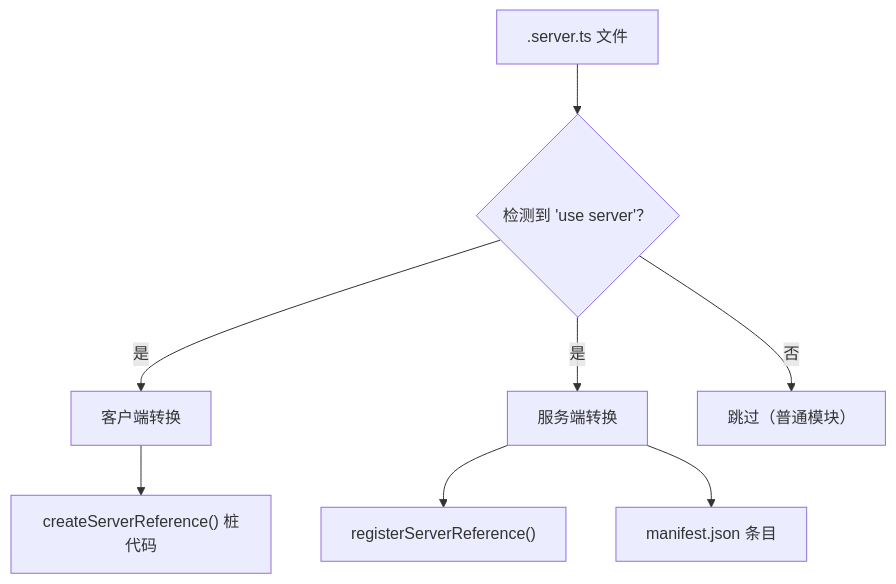
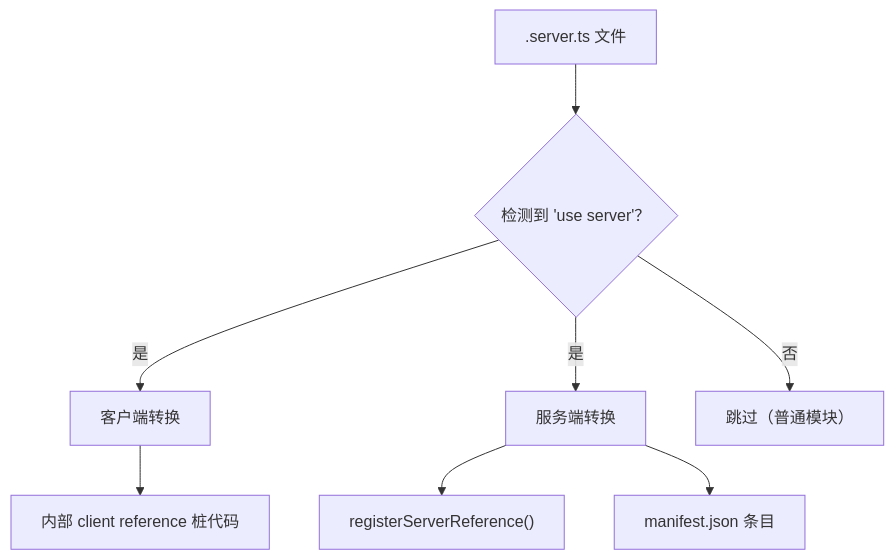
Before and after one commit to binhanchen25-arch/evjs: the diagram in docs/i18n/zh-Hans/docusaurus-plugin-content-docs/current/server-functions.md, drawn with Mermaid. The commit also changed other lines of this file and 400 other files, not shown here.

Commit message:
feat: implement graph-driven framework architecture (#18)

````diff
--- a/docs/i18n/zh-Hans/docusaurus-plugin-content-docs/current/server-functions.md
+++ b/docs/i18n/zh-Hans/docusaurus-plugin-content-docs/current/server-functions.md
@@ -164,11 +297,11 @@
 ```mermaid
 flowchart TD
     SRC[".server.ts 文件"] --> DETECT{"检测到 'use server'？"}
     DETECT -->|是| CLIENT["客户端转换"]
     DETECT -->|是| SERVER["服务端转换"]
     DETECT -->|否| SKIP["跳过（普通模块）"]
 
-    CLIENT --> STUBS["createServerReference() 桩代码"]
+    CLIENT --> STUBS["内部 client reference 桩代码"]
     SERVER --> REGISTER["registerServerReference()"]
     SERVER --> MANIFEST["manifest.json 条目"]
 ```
````
